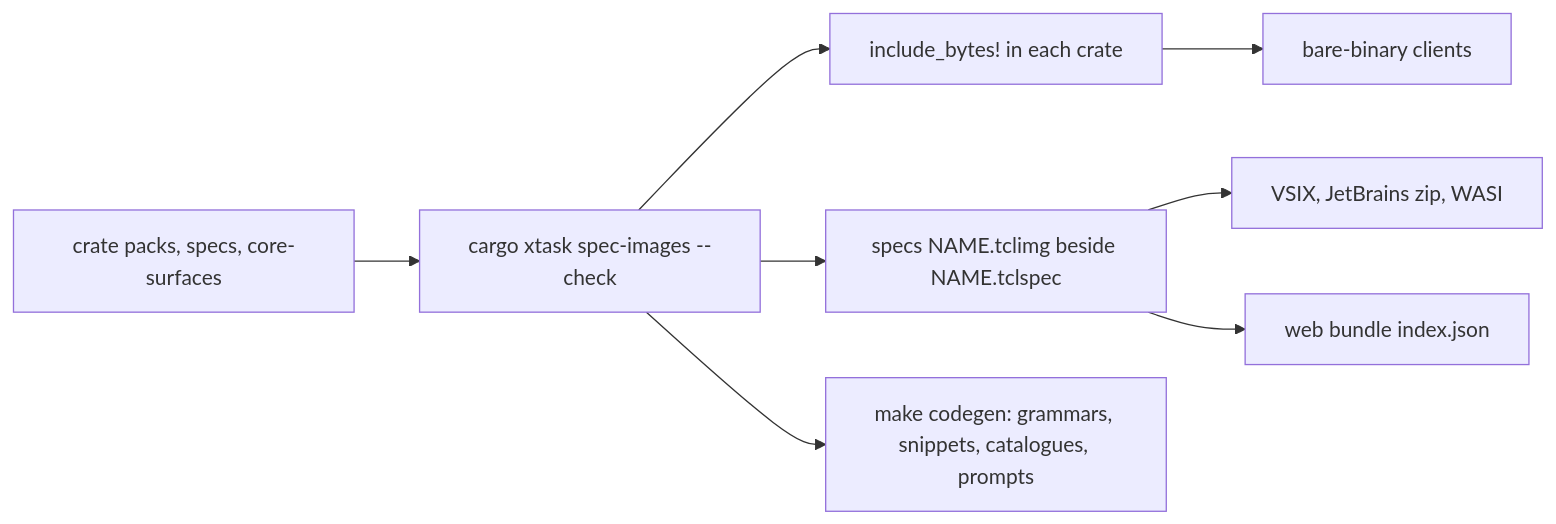
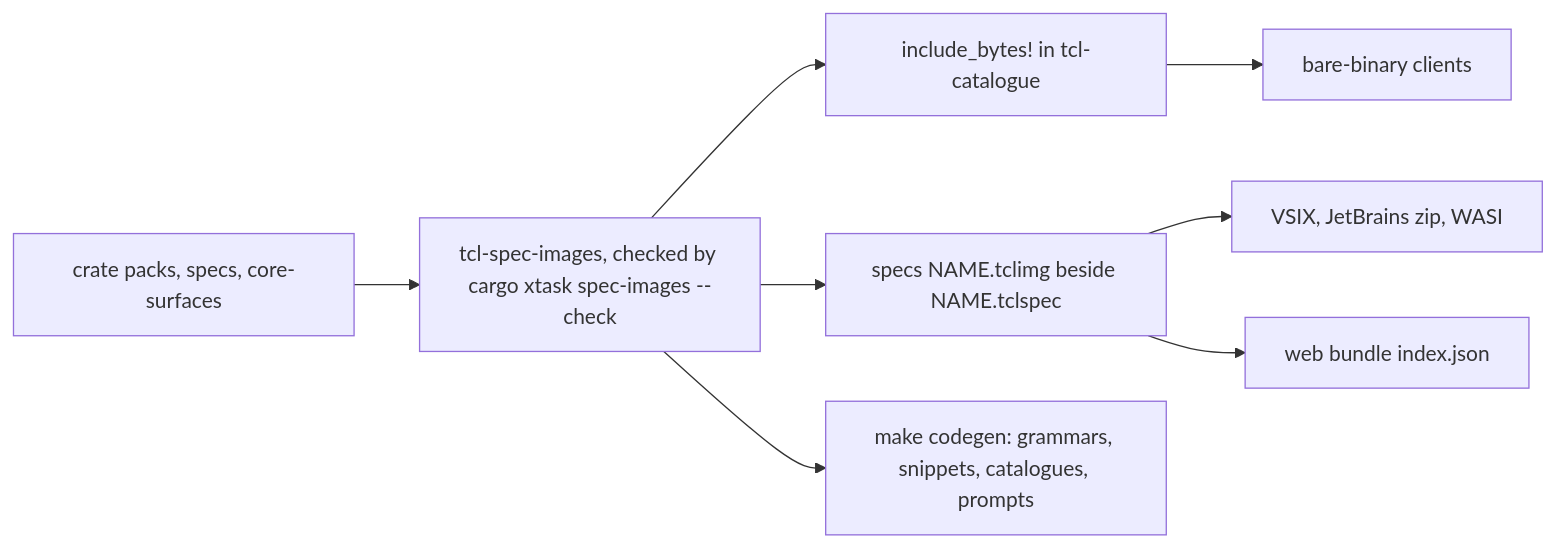
One commit to bitwisecook/tcl-lsp changed the second of 2 diagrams in docs/design/registry/spectcl-3/10-tooling-and-migration.md. Above: the diagram before and after it, drawn with Mermaid. The commit also changed other lines of this file and 5 other files, not shown here.

````diff
--- a/docs/design/registry/spectcl-3/10-tooling-and-migration.md
+++ b/docs/design/registry/spectcl-3/10-tooling-and-migration.md
@@ -220,10 +221,10 @@
 ```mermaid
 flowchart LR
-  sources["crate packs, specs, core-surfaces"] --> xtask["cargo xtask spec-images --check"]
-  xtask --> embedded["include_bytes! in each crate"]
+  sources["crate packs, specs, core-surfaces"] --> xtask["tcl-spec-images, checked by cargo xtask spec-images --check"]
+  xtask --> embedded["include_bytes! in tcl-catalogue"]
   xtask --> staged["specs NAME.tclimg beside NAME.tclspec"]
   staged --> vsix["VSIX, JetBrains zip, WASI"]
   staged --> web["web bundle index.json"]
   embedded --> bare["bare-binary clients"]
   xtask --> gens["make codegen: grammars, snippets, catalogues, prompts"]
 ```
````
